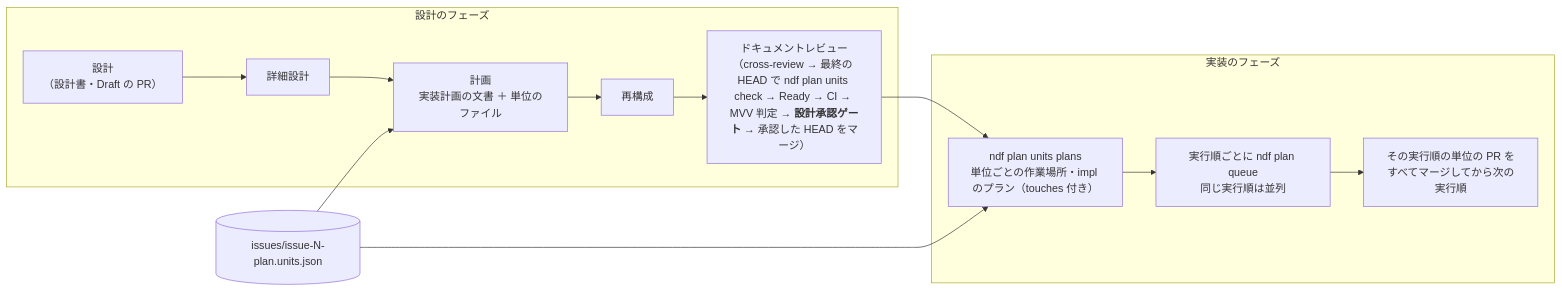
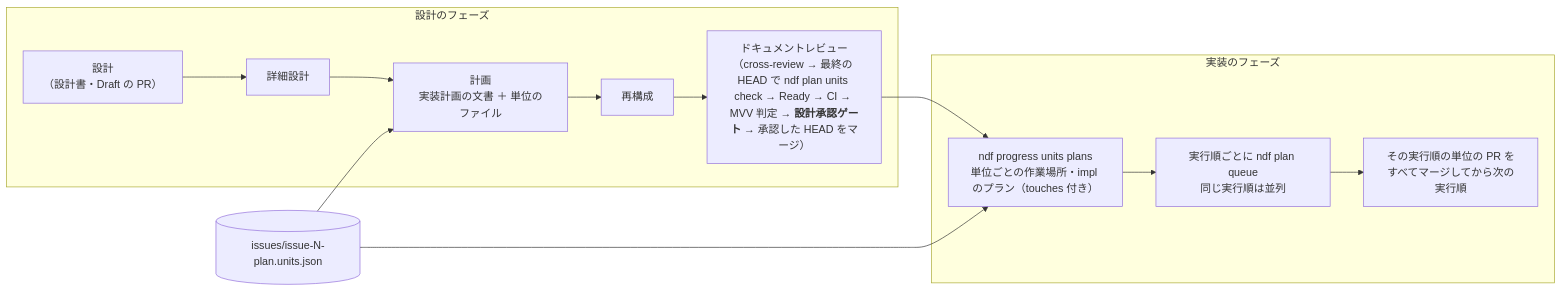
Before and after one commit to devbasex/ai-plugins: the second of 2 diagrams in issues/issue-3702-design.md, drawn with Mermaid. The commit also changed other lines of this file and 3 other files, not shown here.

````diff
--- a/issues/issue-3702-design.md
+++ b/issues/issue-3702-design.md
@@ -42,12 +42,12 @@
 ```mermaid
 flowchart LR
   subgraph 設計のフェーズ
     D["設計<br/>（設計書・Draft の PR）"] --> DD[詳細設計] --> P["計画<br/>実装計画の文書 ＋ 単位のファイル"] --> RB[再構成] --> DR["ドキュメントレビュー<br/>（cross-review → 最終の HEAD で ndf plan units check → Ready → CI → MVV 判定 → <b>設計承認ゲート</b> → 承認した HEAD をマージ）"]
   end
   subgraph 実装のフェーズ
-    U["ndf plan units plans<br/>単位ごとの作業場所・impl のプラン（touches 付き）"] --> Q["実行順ごとに ndf plan queue<br/>同じ実行順は並列"] --> M["その実行順の単位の PR を<br/>すべてマージしてから次の実行順"]
+    U["ndf progress units plans<br/>単位ごとの作業場所・impl のプラン（touches 付き）"] --> Q["実行順ごとに ndf plan queue<br/>同じ実行順は並列"] --> M["その実行順の単位の PR を<br/>すべてマージしてから次の実行順"]
   end
   DR --> U
   F[(issues/issue-N-plan.units.json)] --> P
   F --> U
 ```
````
